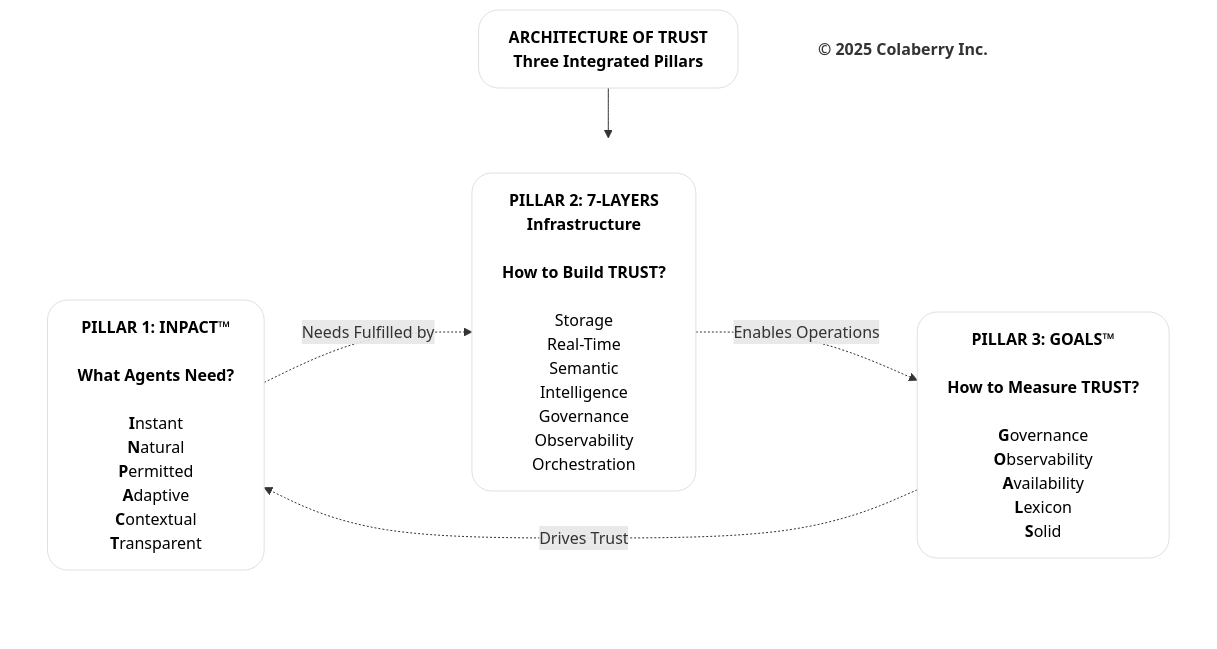
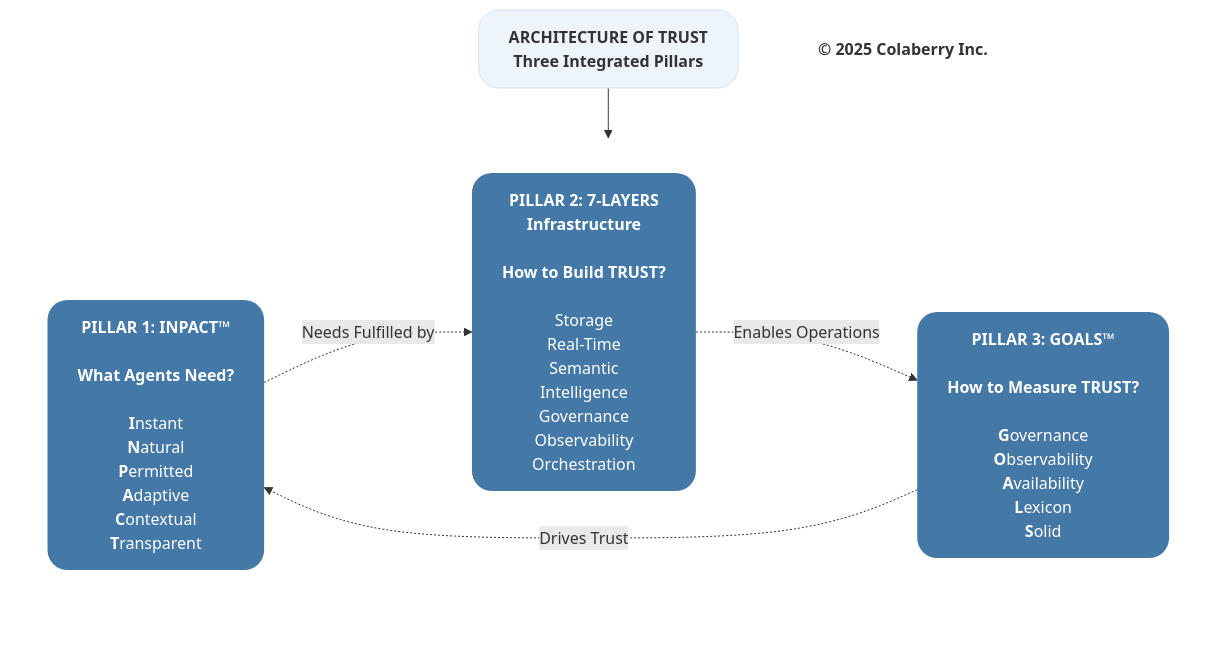
Before and after one commit to saitejesh-cyber/trust-before-intelligence-book: the diagram in mermaid-source/01_chapter_0_trust_before_intelligence-diagram-04.mmd, drawn with Mermaid. The commit also changed other lines of this file and 3 other files, not shown here.

Commit message:
Tune core Chapter 0/1 diagrams to approved PR#5 palette

```diff
--- a/mermaid-source/01_chapter_0_trust_before_intelligence-diagram-04.mmd
+++ b/mermaid-source/01_chapter_0_trust_before_intelligence-diagram-04.mmd
@@ -1,27 +1,27 @@
 
 graph TB
     Title["<b>ARCHITECTURE OF TRUST</b><br/><b>Three Integrated Pillars</b>"]
     
     subgraph PILLARS[" "]
         direction LR
         INPACT["<b>PILLAR 1: INPACT™</b><br/><br/><b>What Agents Need?</b><br/><br/><b>I</b>nstant<br/><b>N</b>atural<br/><b>P</b>ermitted<br/><b>A</b>daptive<br/><b>C</b>ontextual<br/><b>T</b>ransparent"]
         
         Layers["<b>PILLAR 2: 7-LAYERS</b><br/><b>Infrastructure</b><br/><br/><b>How to Build TRUST?</b><br/><br/>Storage<br/>Real-Time<br/>Semantic<br/>Intelligence<br/>Governance<br/>Observability<br/>Orchestration"]
         
         GOALS["<b>PILLAR 3: GOALS™</b><br/><br/><b>How to Measure TRUST?</b><br/><br/><b>G</b>overnance<br/><b>O</b>bservability<br/><b>A</b>vailability<br/><b>L</b>exicon<br/><b>S</b>olid"]
     end
     
     Copyright["<b>© 2025 Colaberry Inc.</b>"]
     
     Title --> PILLARS
     
     INPACT -.->|"Needs Fulfilled by"| Layers
     Layers -.->|"Enables Operations"| GOALS
     GOALS -.->|"Drives Trust"| INPACT
     
-    style Title fill:#ffffff,stroke:#e0e0e0,stroke-width:1px,color:#000000,rx:20,ry:20
+    style Title fill:#edf4fa,stroke:#d6e4f2,stroke-width:1px,color:#333333,rx:20,ry:20
     style PILLARS fill:none,stroke:none
-        style INPACT fill:#ffffff,stroke:#e0e0e0,stroke-width:1px,color:#000000,rx:20,ry:20
-        style Layers fill:#ffffff,stroke:#e0e0e0,stroke-width:1px,color:#000000,rx:20,ry:20
-        style GOALS fill:#ffffff,stroke:#e0e0e0,stroke-width:1px,color:#000000,rx:20,ry:20
+        style INPACT fill:#4478A6,stroke:none,color:#ffffff,rx:20,ry:20
+        style Layers fill:#4478A6,stroke:none,color:#ffffff,rx:20,ry:20
+        style GOALS fill:#4478A6,stroke:none,color:#ffffff,rx:20,ry:20
     style Copyright fill:none,stroke:none,color:#333333
```
